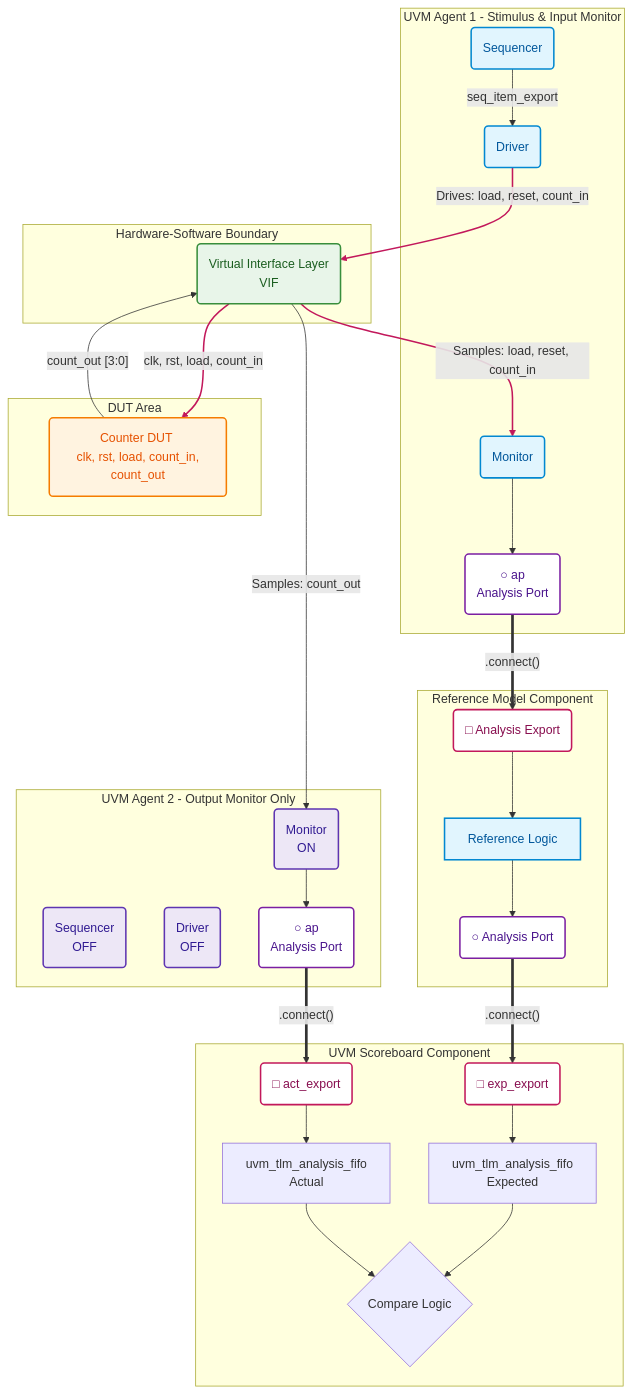
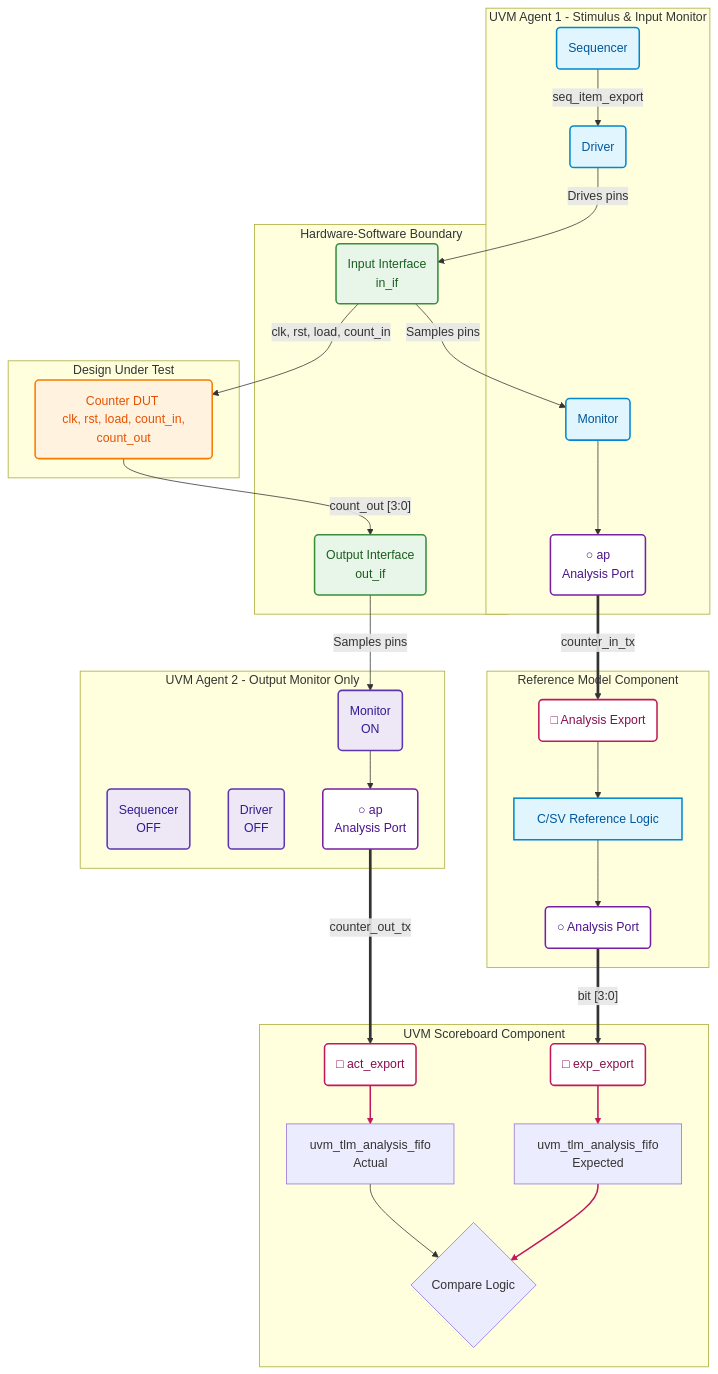
The diagram in UVM_Codes_my_repo_github/Development_stages/architecture_0.5.mmd (imjimdash007/UVM_Tutorial), drawn with Mermaid before and after one commit. The commit also changed other lines of this file and 1 other file, not shown here.

```diff
--- a/UVM_Codes_my_repo_github/Development_stages/architecture_0.5.mmd
+++ b/UVM_Codes_my_repo_github/Development_stages/architecture_0.5.mmd
@@ -1,91 +1,92 @@
 graph TB
     %% Styling Definitions
     classDef uvmActive fill:#e1f5fe,stroke:#0288d1,stroke-width:2px,color:#01579b;
     classDef uvmPassive fill:#ede7f6,stroke:#5e35b1,stroke-width:2px,color:#311b92;
     classDef interface fill:#e8f5e9,stroke:#388e3c,stroke-width:2px,color:#1b5e20;
     classDef hwModule fill:#fff3e0,stroke:#f57c00,stroke-width:2px,color:#e65100;
     classDef tlmPort fill:#ffffff,stroke:#7b1fa2,stroke-width:2px,color:#4a148c;
     classDef tlmExport fill:#ffffff,stroke:#c2185b,stroke-width:2px,color:#880e4f;
 
-    %% Scoreboard Component
+    %% ==========================================
+    %% TOP LAYER: UVM Testbench components
+    %% ==========================================
     subgraph UVM_Scoreboard [UVM Scoreboard Component]
         SB_EXP_EXP("□ exp_export"):::tlmExport
         SB_ACT_EXP("□ act_export"):::tlmExport
         SB_Exp_FIFO[uvm_tlm_analysis_fifo <br> Expected]
         SB_Act_FIFO[uvm_tlm_analysis_fifo <br> Actual]
         SB_Comp{Compare Logic}
         
         SB_EXP_EXP --> SB_Exp_FIFO --> SB_Comp
         SB_ACT_EXP --> SB_Act_FIFO --> SB_Comp
     end
 
-    %% Reference Model Component
     subgraph UVM_Ref_Model [Reference Model Component]
         REF_EXP("□ Analysis Export"):::tlmExport
-        REF_CORE[Reference Logic]
+        REF_CORE[C/SV Reference Logic]
         REF_AP("○ Analysis Port"):::tlmPort
         
         REF_EXP --> REF_CORE --> REF_AP
     end
 
-    %% Agent 1 (Active)
     subgraph UVM_Agent_1 [UVM Agent 1 - Stimulus & Input Monitor]
         A1_SEQ(Sequencer)
         A1_DRV(Driver)
         A1_MON(Monitor)
         A1_AP("○ ap <br> Analysis Port"):::tlmPort
         
         A1_SEQ -- "seq_item_export" --> A1_DRV
         A1_MON --> A1_AP
     end
 
-    %% Agent 2 (Passive)
     subgraph UVM_Agent_2 [UVM Agent 2 - Output Monitor Only]
         A2_SEQ_OFF(Sequencer <br> OFF):::uvmPassive
         A2_DRV_OFF(Driver <br> OFF):::uvmPassive
         A2_MON(Monitor <br> ON)
         A2_AP("○ ap <br> Analysis Port"):::tlmPort
         
         A2_MON --> A2_AP
     end
 
-    %% Virtual Interface Layer
+    %% ==========================================
+    %% MIDDLE LAYER: Hardware-Software Boundary
+    %% ==========================================
     subgraph Interface_Layer [Hardware-Software Boundary]
-        VIF(Virtual Interface Layer <br> VIF)
+        IN_VIF(Input Interface <br> in_if):::interface
+        OUT_VIF(Output Interface <br> out_if):::interface
     end
 
-    %% DUT Area
-    subgraph Hardware_Layer [DUT Area]
+    %% ==========================================
+    %% BOTTOM LAYER: Hardware Module Under Test
+    %% ==========================================
+    subgraph Hardware_Layer [Design Under Test]
         DUT(Counter DUT <br> clk, rst, load, count_in, count_out)
     end
 
     %% Apply Component Classes
     class A1_SEQ,A1_DRV,A1_MON,REF_CORE uvmActive;
     class A2_MON uvmPassive;
-    class VIF interface;
     class DUT hwModule;
     class UVM_Scoreboard fill:#f3e5f5,stroke:#4a148c,stroke-width:1.5px;
     class UVM_Ref_Model fill:#f1f8e9,stroke:#558b2f,stroke-width:1.5px;
 
     %% ----------------------------------------------------
-    %% Connections mapping your layout
+    %% Connections Mapping Top-Down Dependency
     %% ----------------------------------------------------
     
-    %% 1. Agent 1 Driver and Monitor Pin Paths
-    A1_DRV -- "Drives: load, reset, count_in" --> VIF
-    VIF -- "Samples: load, reset, count_in" --> A1_MON
-    
-    %% 2. VIF to DUT Hardware Signal Routing
-    VIF -- "clk, rst, load, count_in" --> DUT
-    DUT -- "count_out [3:0]" --> VIF
+    %% Software TLM Interconnections (Top Level)
+    A1_AP == "counter_in_tx" ==> REF_EXP
+    REF_AP == "bit [3:0]" ==> SB_EXP_EXP
+    A2_AP == "counter_out_tx" ==> SB_ACT_EXP
 
-    %% 3. Agent 2 Monitor sampling outputs
-    VIF -- "Samples: count_out" --> A2_MON
+    %% Testbench Driving & Corrected Upward Sampling Paths
+    A1_DRV -- "Drives pins" --> IN_VIF
+    IN_VIF -- "Samples pins" --> A1_MON
+    OUT_VIF -- "Samples pins" --> A2_MON
 
-    %% 4. TLM Software Connections
-    A1_AP == ".connect()" ==> REF_EXP
-    REF_AP == ".connect()" ==> SB_EXP_EXP
-    A2_AP == ".connect()" ==> SB_ACT_EXP
+    %% Interface Layer connecting down into physical DUT
+    IN_VIF -- "clk, rst, load, count_in" --> DUT
+    DUT -- "count_out [3:0]" --> OUT_VIF
 
     %% Visual Link Customizations for TLM Pathing
-    linkStyle 9,10,11 stroke:#c2185b,stroke-width:2px;
+    linkStyle 0,1,2 stroke:#c2185b,stroke-width:2px;
```
